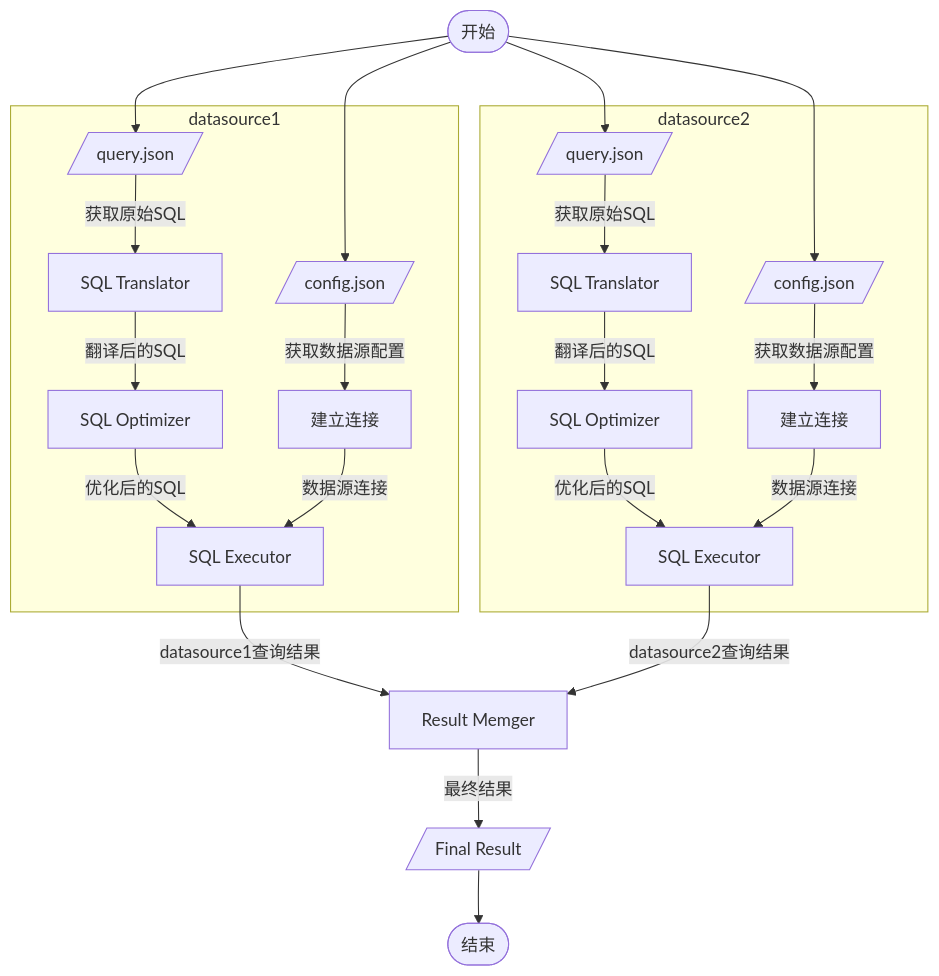
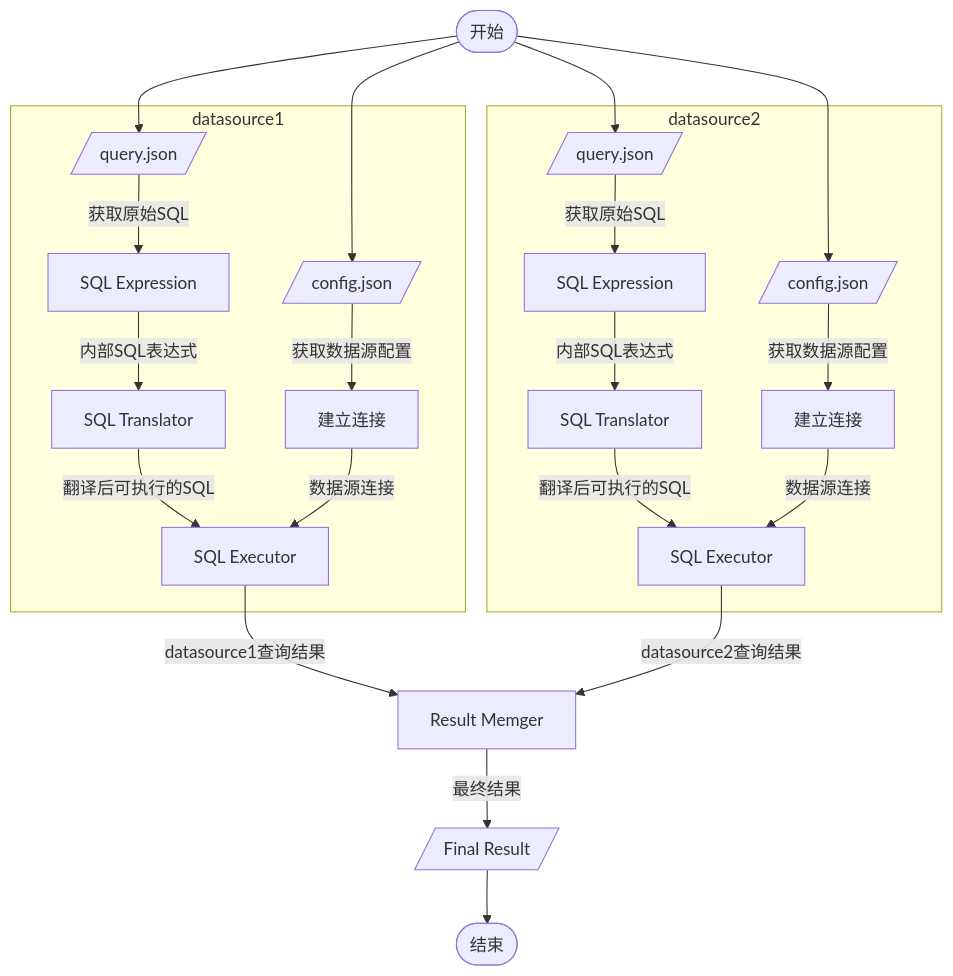
Before and after one commit to ChengziCao/FederateDBSystem: the second of 2 diagrams in README.md, drawn with Mermaid. The commit also changed other lines of this file and 21 other files, not shown here.

````diff
--- a/README.md
+++ b/README.md
@@ -68,33 +82,33 @@
 ```mermaid
 graph TD
     start([开始])
     start-->d1_input1
     start-->d1_input2
     start-->d2_input1
     start-->d2_input2
 
 subgraph datasource1
     d1_input1[/config.json/]
     d1_input2[/query.json/]
     d1_input1-->|获取数据源配置|d1_conn[建立连接]
-    d1_input2-->|获取原始SQL|d1_translator[SQL Translator]
-    d1_translator-->|"翻译后的SQL"|d1_optimizer[SQL Optimizer]
-    d1_optimizer-->|优化后的SQL|d1_executor[SQL Executor]
+    d1_input2-->|获取原始SQL|d1_expresssion[SQL Expression]
+    d1_expresssion-->|"内部SQL表达式"|d1_translator[SQL Translator]
+    d1_translator-->|翻译后可执行的SQL|d1_executor[SQL Executor]
     d1_conn-->|数据源连接|d1_executor
 end
 
 subgraph datasource2
     d2_input1[/config.json/]
     d2_input2[/query.json/]
     d2_input1-->|获取数据源配置|d2_conn[建立连接]
-    d2_input2-->|获取原始SQL|d2_translator[SQL Translator]
-    d2_translator-->|"翻译后的SQL"|d2_optimizer[SQL Optimizer]
-    d2_optimizer-->|优化后的SQL|d2_executor[SQL Executor]
+    d2_input2-->|获取原始SQL|d2_expresssion[SQL Expression]
+    d2_expresssion-->|"内部SQL表达式"|d2_translator[SQL Translator]
+    d2_translator-->|翻译后可执行的SQL|d2_executor[SQL Executor]
     d2_conn-->|数据源连接|d2_executor
 end
 memger[Result Memger]
 d1_executor-->|datasource1查询结果|memger
 d2_executor-->|datasource2查询结果|memger
 memger-->|最终结果|final_resulat[/Final Result/]
 final_resulat-->end_([结束])
 ```
````
